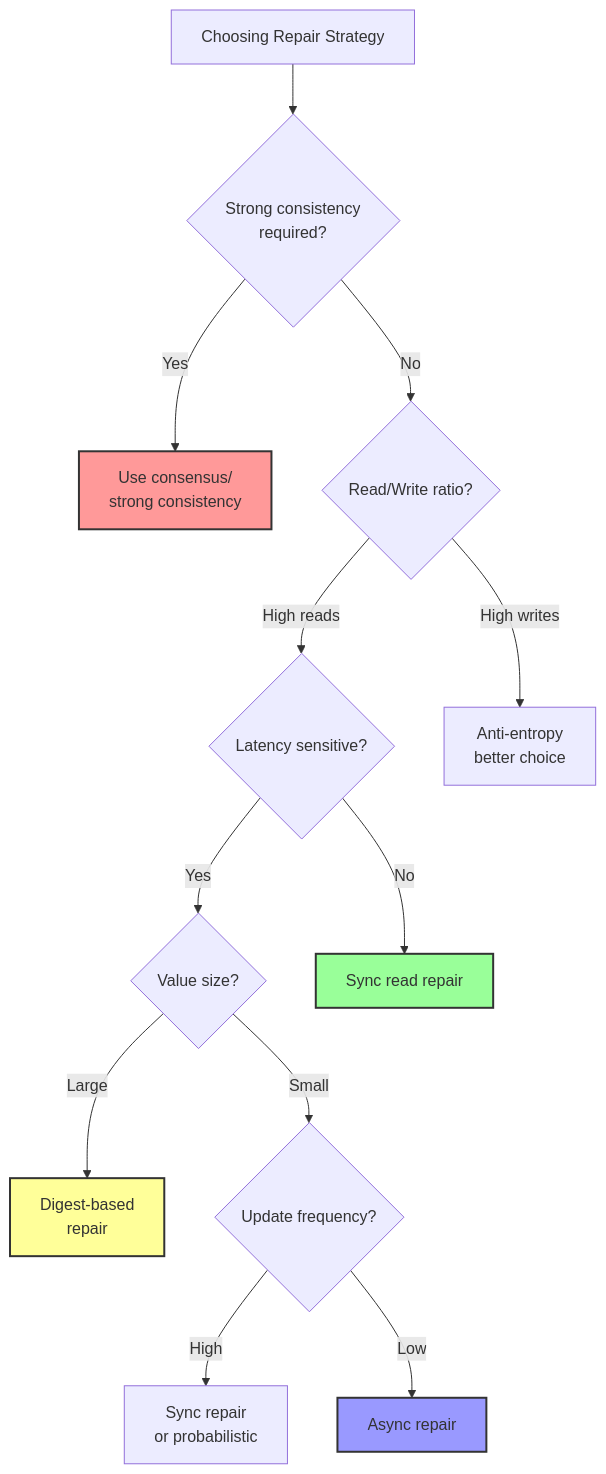
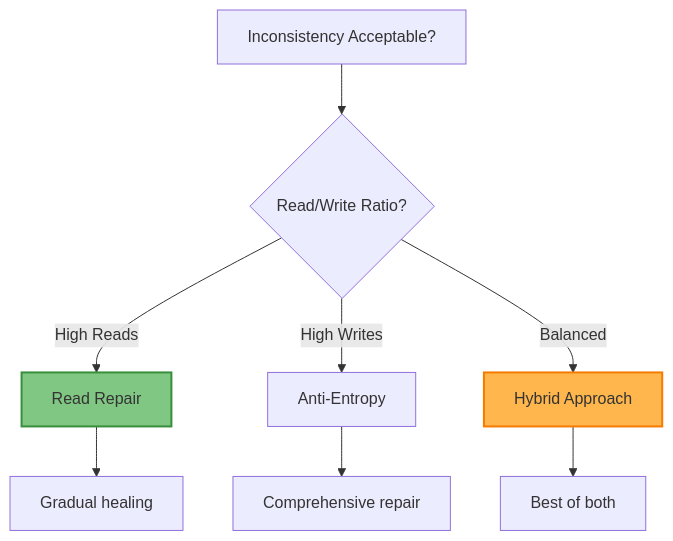
One commit to deepaucksharma/DStudio changed the sixth of 6 diagrams in docs/pattern-library/data-management/read-repair.md. Above: the diagram before and after it, drawn with Mermaid. The commit also changed other lines of this file and 191 other files, not shown here.

````diff
--- a/docs/pattern-library/data-management/read-repair.md
+++ b/docs/pattern-library/data-management/read-repair.md
@@ -1088,24 +339,17 @@
 ```mermaid
-flowchart TD
-    Start[Choosing Repair Strategy] --> Q1{Strong consistency<br/>required?}
+graph TD
+    A[Inconsistency Acceptable?] --> B{Read/Write Ratio?}
+    B -->|High Reads| C[Read Repair]
+    B -->|High Writes| D[Anti-Entropy]
+    B -->|Balanced| E[Hybrid Approach]
     
-    Q1 -->|Yes| SC[Use consensus/<br/>strong consistency]
-    Q1 -->|No| Q2{Read/Write ratio?}
+    C --> F[Gradual healing]
+    D --> G[Comprehensive repair]
+    E --> H[Best of both]
     
-    Q2 -->|High reads| Q3{Latency sensitive?}
-    Q2 -->|High writes| AE[Anti-entropy<br/>better choice]
+    classDef recommended fill:#81c784,stroke:#388e3c,stroke-width:2px
+    classDef caution fill:#ffb74d,stroke:#f57c00,stroke-width:2px
     
-    Q3 -->|Yes| Q4{Value size?}
-    Q3 -->|No| SR[Sync read repair]
-    
-    Q4 -->|Large| DR[Digest-based<br/>repair]
-    Q4 -->|Small| Q5{Update frequency?}
-    
-    Q5 -->|High| SR2[Sync repair<br/>or probabilistic]
-    Q5 -->|Low| AR[Async repair]
-    
-    style SC fill:#f99,stroke:#333,stroke-width:2px
-    style SR fill:#9f9,stroke:#333,stroke-width:2px
-    style AR fill:#99f,stroke:#333,stroke-width:2px
-    style DR fill:#ff9,stroke:#333,stroke-width:2px
+    class C recommended
+    class E caution
 ```
````
